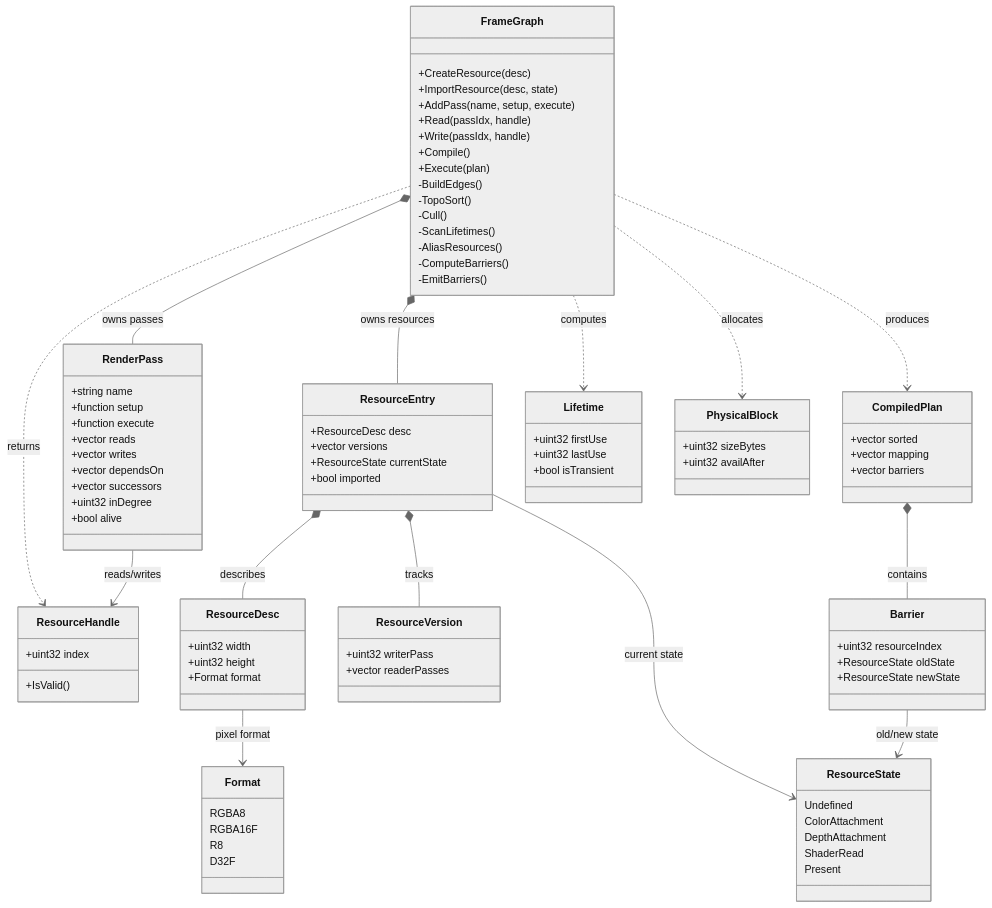
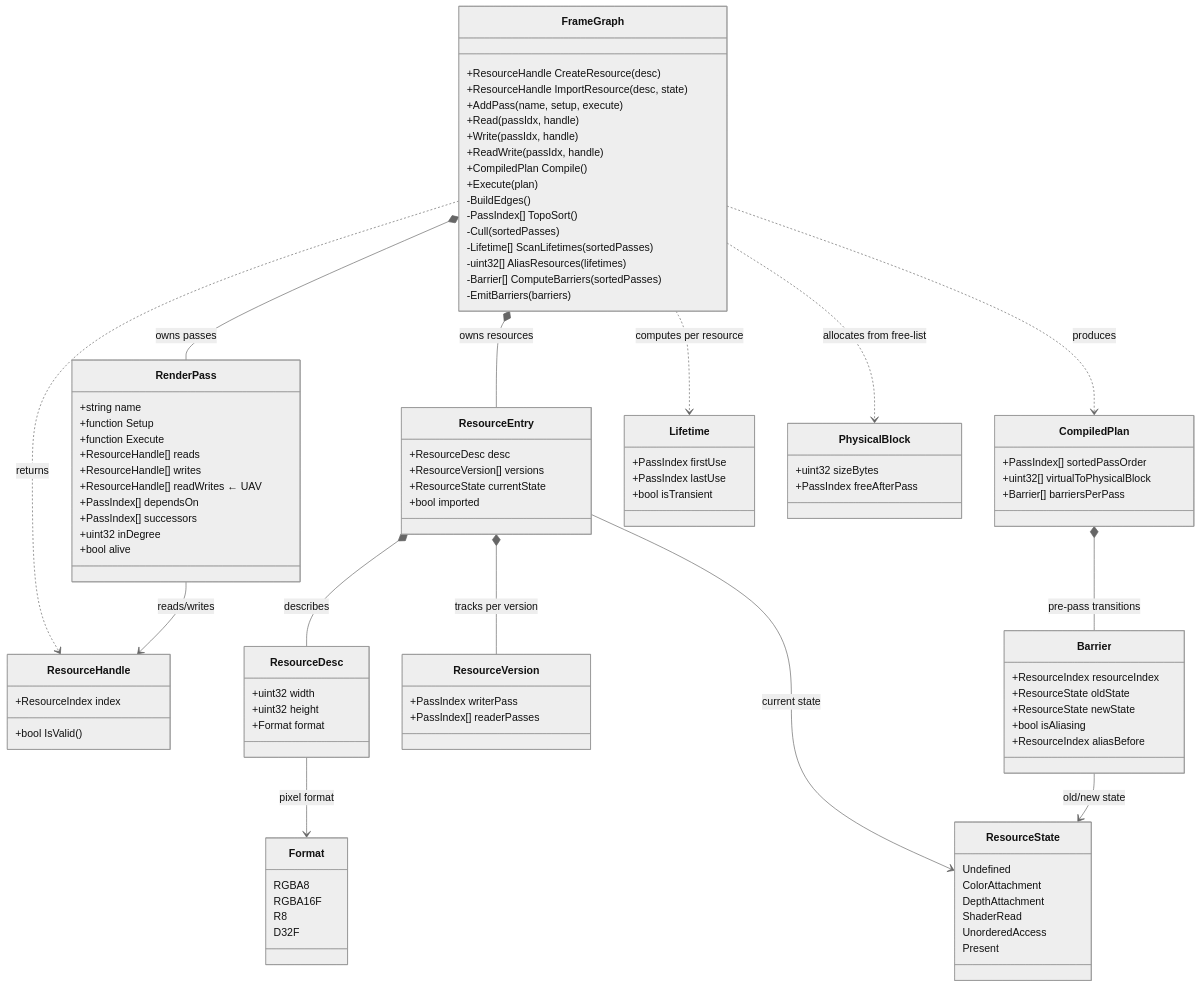
One commit to stoleckipawel/DeepSpark changed the diagram in content/posts/frame-graph-build-it/index.md. Above: the diagram before and after it, drawn with Mermaid (neutral theme). The commit also changed other lines of this file and 12 other files, not shown here.

```diff
--- a/content/posts/frame-graph-build-it/index.md
+++ b/content/posts/frame-graph-build-it/index.md
@@ -111,41 +111,43 @@
 classDiagram
 direction TB
 class FrameGraph{
-  +CreateResource(desc)
-  +ImportResource(desc, state)
+  +ResourceHandle CreateResource(desc)
+  +ResourceHandle ImportResource(desc, state)
   +AddPass(name, setup, execute)
   +Read(passIdx, handle)
   +Write(passIdx, handle)
-  +Compile()
+  +ReadWrite(passIdx, handle)
+  +CompiledPlan Compile()
   +Execute(plan)
   -BuildEdges()
-  -TopoSort()
-  -Cull()
-  -ScanLifetimes()
-  -AliasResources()
-  -ComputeBarriers()
-  -EmitBarriers()
+  -PassIndex[] TopoSort()
+  -Cull(sortedPasses)
+  -Lifetime[] ScanLifetimes(sortedPasses)
+  -uint32[] AliasResources(lifetimes)
+  -Barrier[] ComputeBarriers(sortedPasses)
+  -EmitBarriers(barriers)
 }
 class RenderPass{
   +string name
-  +function setup
-  +function execute
-  +vector reads
-  +vector writes
-  +vector dependsOn
-  +vector successors
+  +function Setup
+  +function Execute
+  +ResourceHandle[] reads
+  +ResourceHandle[] writes
+  +ResourceHandle[] readWrites ← UAV
+  +PassIndex[] dependsOn
+  +PassIndex[] successors
   +uint32 inDegree
   +bool alive
 }
 class ResourceEntry{
   +ResourceDesc desc
-  +vector versions
+  +ResourceVersion[] versions
   +ResourceState currentState
   +bool imported
 }
 class ResourceHandle{
-  +uint32 index
-  +IsValid()
+  +ResourceIndex index
+  +bool IsValid()
 }
 class ResourceDesc{
   +uint32 width
@@ -153,27 +155,29 @@
   +Format format
 }
 class ResourceVersion{
-  +uint32 writerPass
-  +vector readerPasses
+  +PassIndex writerPass
+  +PassIndex[] readerPasses
 }
 class CompiledPlan{
-  +vector sorted
-  +vector mapping
-  +vector barriers
+  +PassIndex[] sortedPassOrder
+  +uint32[] virtualToPhysicalBlock
+  +Barrier[] barriersPerPass
 }
 class Barrier{
-  +uint32 resourceIndex
+  +ResourceIndex resourceIndex
   +ResourceState oldState
   +ResourceState newState
+  +bool isAliasing
+  +ResourceIndex aliasBefore
 }
 class Lifetime{
-  +uint32 firstUse
-  +uint32 lastUse
+  +PassIndex firstUse
+  +PassIndex lastUse
   +bool isTransient
 }
 class PhysicalBlock{
   +uint32 sizeBytes
-  +uint32 availAfter
+  +PassIndex freeAfterPass
 }
 class Format{
   RGBA8
@@ -186,19 +190,20 @@
   ColorAttachment
   DepthAttachment
   ShaderRead
+  UnorderedAccess
   Present
 }
 FrameGraph *-- RenderPass : owns passes
 FrameGraph *-- ResourceEntry : owns resources
 FrameGraph ..> CompiledPlan : produces
 FrameGraph ..> ResourceHandle : returns
-FrameGraph ..> Lifetime : computes
-FrameGraph ..> PhysicalBlock : allocates
+FrameGraph ..> Lifetime : computes per resource
+FrameGraph ..> PhysicalBlock : allocates from free-list
 RenderPass --> ResourceHandle : reads/writes
 ResourceEntry *-- ResourceDesc : describes
-ResourceEntry *-- ResourceVersion : tracks
+ResourceEntry *-- ResourceVersion : tracks per version
 ResourceEntry --> ResourceState : current state
 ResourceDesc --> Format : pixel format
-CompiledPlan *-- Barrier : contains
+CompiledPlan *-- Barrier : pre-pass transitions
 Barrier --> ResourceState : old/new state
 {{< /mermaid >}}
```
